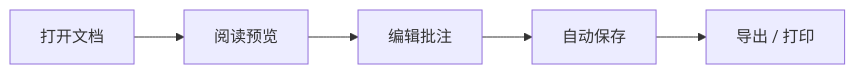
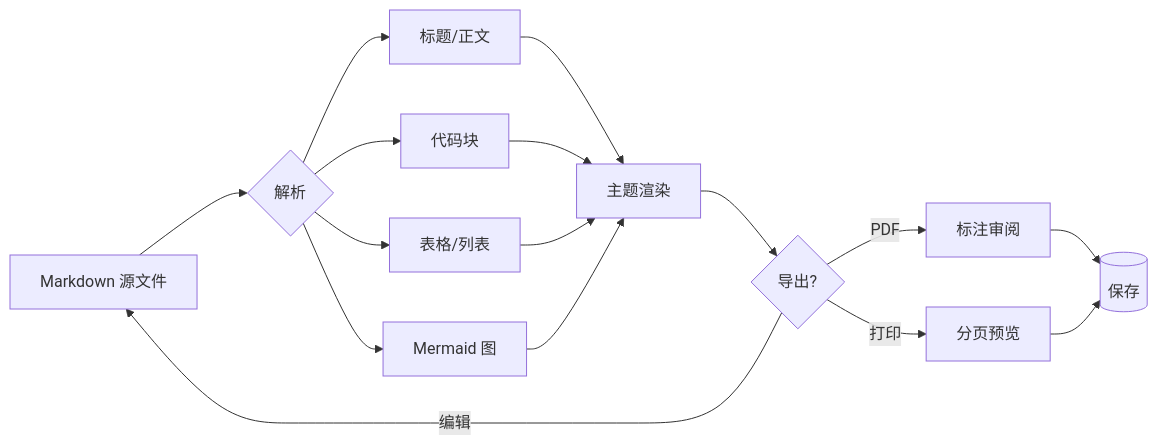
The first of 2 diagrams in samples/示例文档.md (ghostLLC/StuartMD), drawn with Mermaid before and after one commit. The commit also changed other lines of this file and 8 other files, not shown here.

Commit message:
3.5.4: list/blank line keys, one-click switch edit, smaller mermaid + richer sample

````diff
--- a/samples/示例文档.md
+++ b/samples/示例文档.md
@@ -104,7 +104,18 @@
 ```mermaid
 flowchart LR
-  A[打开文档] --> B[阅读预览]
-  B --> C[编辑批注]
-  C --> D[自动保存]
-  D --> E[导出 / 打印]
+  A[Markdown 源文件] --> B{解析}
+  B --> C[标题/正文]
+  B --> D[代码块]
+  B --> E[表格/列表]
+  B --> F[Mermaid 图]
+  C --> G[主题渲染]
+  D --> G
+  E --> G
+  F --> G
+  G --> H{导出?}
+  H -->|PDF| I[标注审阅]
+  H -->|打印| J[分页预览]
+  H -->|编辑| A
+  I --> K[(保存)]
+  J --> K
 ```
````
